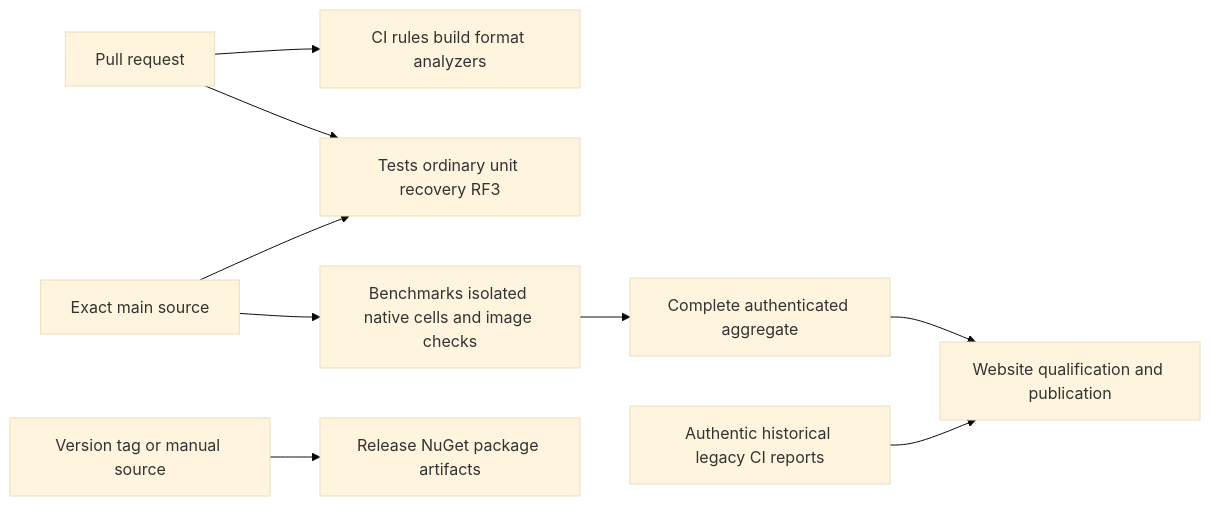
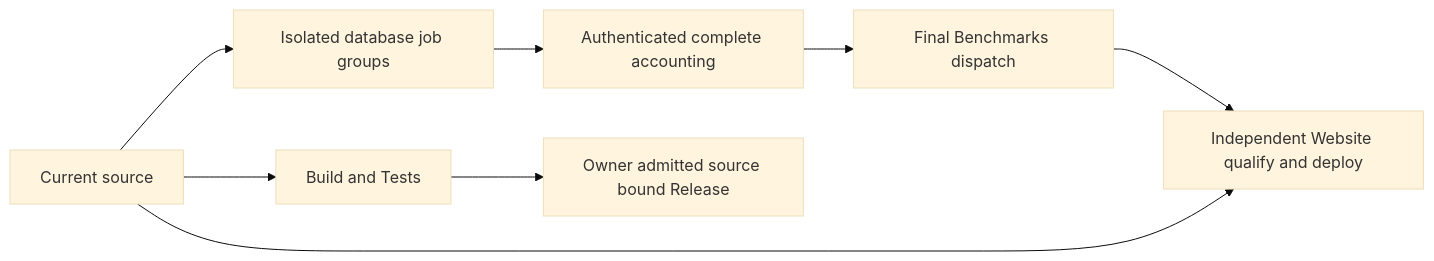
The diagram in docs/ADR/ADR-062-workflow-separation.md (managedcode/KeyLoad), drawn with Mermaid (base theme) before and after one commit. The commit also changed other lines of this file and 440 other files, not shown here.

````diff
--- a/docs/ADR/ADR-062-workflow-separation.md
+++ b/docs/ADR/ADR-062-workflow-separation.md
@@ -16,11 +25,10 @@
 ```mermaid
 flowchart LR
-    PR[Pull request] --> CI[CI rules build format analyzers]
-    PR --> Tests[Tests ordinary unit recovery RF3]
-    Main[Exact main source] --> Tests[Tests ordinary unit recovery RF3]
-    Main --> Benchmarks[Benchmarks isolated native cells and image checks]
-    Tag[Version tag or manual source] --> Release[Release NuGet package artifacts]
-    Benchmarks --> Aggregate[Complete authenticated aggregate]
-    Aggregate --> Website[Website qualification and publication]
-    History[Authentic historical legacy CI reports] --> Website
+    Source[Current source] --> Tests[Build and Tests]
+    Source --> Benchmarks[Isolated database job groups]
+    Benchmarks --> Aggregate[Authenticated complete accounting]
+    Aggregate --> Trigger[Final Benchmarks dispatch]
+    Trigger --> Website[Independent Website qualify and deploy]
+    Source --> Website
+    Tests --> Release[Owner admitted source bound Release]
 ```
````
